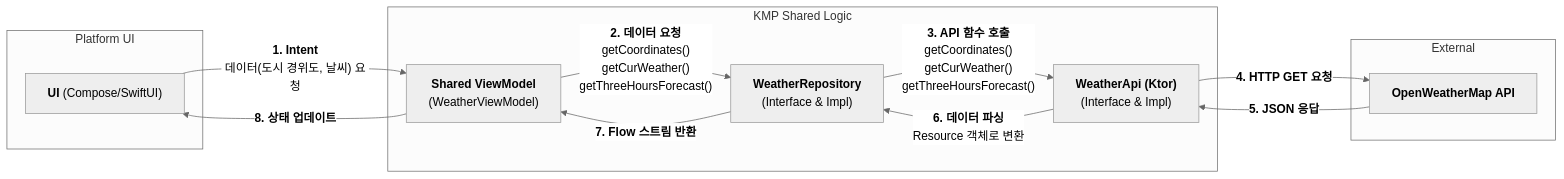
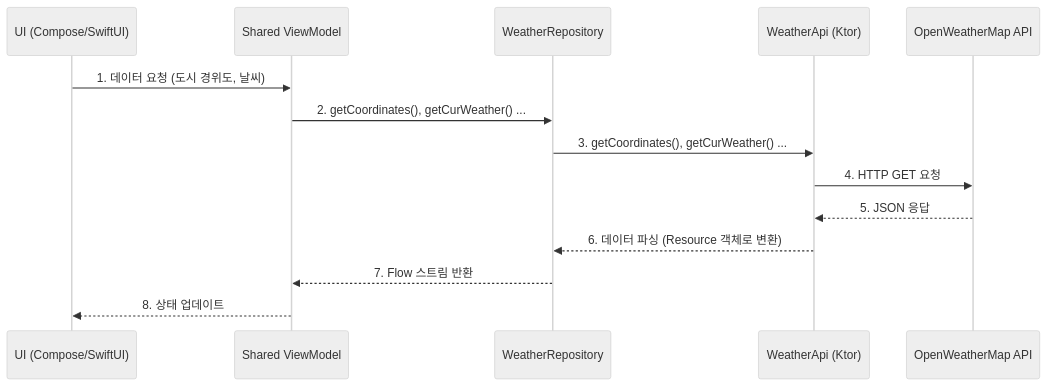
Before and after one commit to yunn-hj/KMP: the first of 2 diagrams in README.md, drawn with Mermaid. The commit also changed other lines of this file, not shown here.

````diff
--- a/README.md
+++ b/README.md
@@ -43,30 +63,19 @@
 ```mermaid
 %%{init: {'theme': 'neutral' } }%%
-graph LR
-    subgraph Platform UI
-        A["<b>UI</b> (Compose/SwiftUI)"]
-    end
+sequenceDiagram
+    participant UI as UI (Compose/SwiftUI)
+    participant VM as Shared ViewModel
+    participant Repo as WeatherRepository
+    participant Api as WeatherApi (Ktor)
+    participant Ext as OpenWeatherMap API
 
-    subgraph KMP Shared Logic
-        B["<b>Shared ViewModel</b></br>(WeatherViewModel)"]
-        C["<b>WeatherRepository</b></br>(Interface & Impl)"]
-        D["<b>WeatherApi (Ktor)</b></br>(Interface & Impl)"]
-    end
-
-    subgraph External
-        E["<b>OpenWeatherMap API</b>"]
-    end
-
-    %% --- Request Flow ---
-    A -- "<b>1. Intent</b></br>데이터(도시 경위도, 날씨) 요청" --> B
-    B -- "<b>2. 데이터 요청</b></br>getCoordinates()</br>getCurWeather()</br>getThreeHoursForecast()" --> C
-    C -- "<b>3. API 함수 호출</b></br>getCoordinates()</br>getCurWeather()</br>getThreeHoursForecast()" --> D
-    D -- "<b>4. HTTP GET 요청" --> E
-
-    %% --- Response Flow ---
-    E -- "<b>5. JSON 응답" --> D
-    D -- "<b>6. 데이터 파싱</b></br>Resource 객체로 변환" --> C
-    C -- "<b>7. Flow 스트림 반환" --> B
-    B -- "<b>8. 상태 업데이트" --> A
+    UI->>VM: 1. 데이터 요청 (도시 경위도, 날씨)
+    VM->>Repo: 2. getCoordinates(), getCurWeather() ...
+    Repo->>Api: 3. getCoordinates(), getCurWeather() ...
+    Api->>Ext: 4. HTTP GET 요청
+    Ext-->>Api: 5. JSON 응답
+    Api-->>Repo: 6. 데이터 파싱 (Resource 객체로 변환)
+    Repo-->>VM: 7. Flow 스트림 반환
+    VM-->>UI: 8. 상태 업데이트
 
 ```
````
